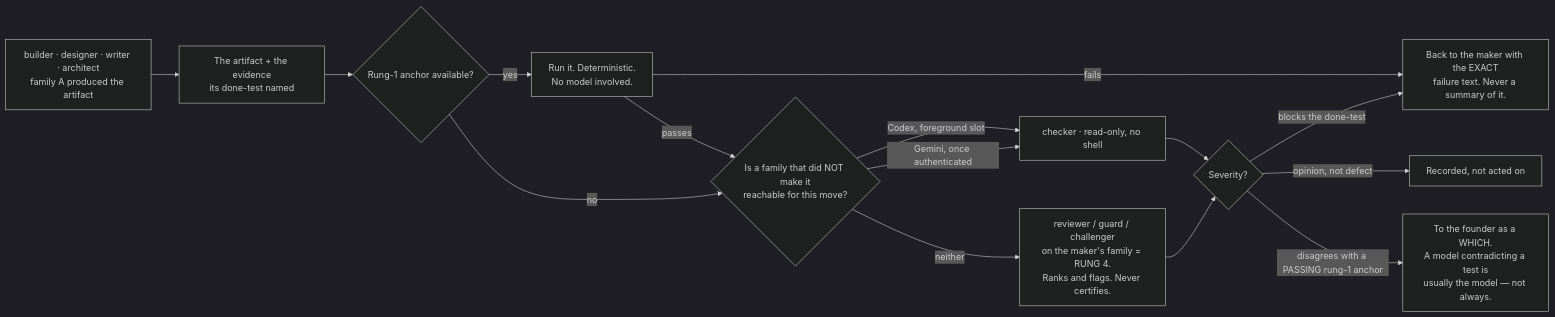
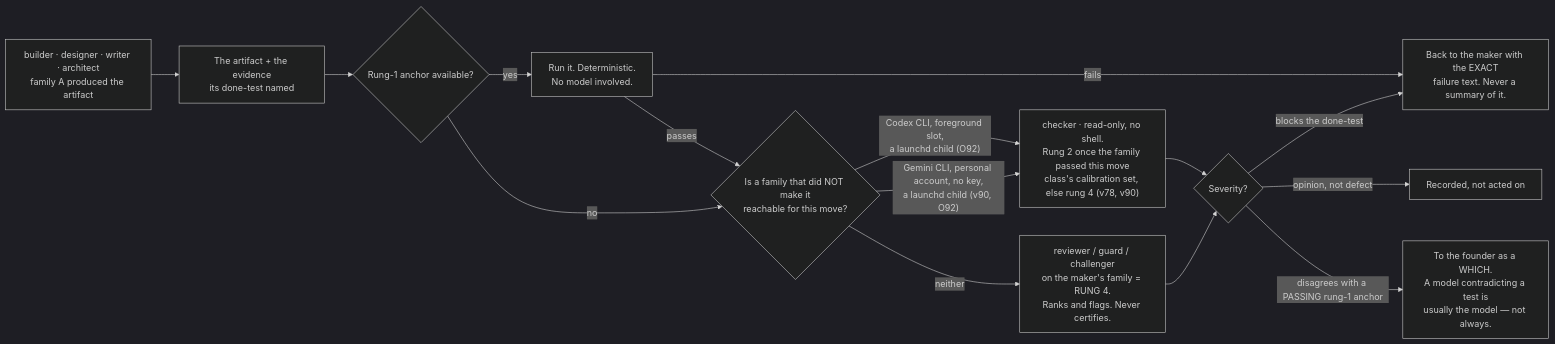
The second of 4 diagrams in docs/03-system-design/final-v2/parts/11-truth.md (Adam077K/agentvibe), drawn with Mermaid (dark theme) before and after one commit. The commit also changed other lines of this file and 3 other files, not shown here.

````diff
--- a/docs/03-system-design/final-v2/parts/11-truth.md
+++ b/docs/03-system-design/final-v2/parts/11-truth.md
@@ -175,18 +225,18 @@
 ```mermaid
 flowchart LR
     MAKER["builder · designer · writer · architect<br/>family A produced the artifact"] --> ART["The artifact + the evidence<br/>its done-test named"]
     ART --> DET{"Rung-1 anchor available?"}
     DET -->|"yes"| RUNIT["Run it. Deterministic.<br/>No model involved."]
     RUNIT -->|"fails"| BACK["Back to the maker with the EXACT<br/>failure text. Never a summary of it."]
     RUNIT -->|"passes"| FAM
     DET -->|"no"| FAM
     FAM{"Is a family that did NOT make it<br/>reachable for this move?"}
-    FAM -->|"Codex, foreground slot"| CHK["checker · read-only, no shell"]
-    FAM -->|"Gemini, once authenticated"| CHK
+    FAM -->|"Codex CLI, foreground slot,<br/>a launchd child (O92)"| CHK["checker · read-only, no shell.<br/>Rung 2 once the family passed this move<br/>class's calibration set, else rung 4 (v78, v90)"]
+    FAM -->|"Gemini CLI, personal account, no key,<br/>a launchd child (v90, O92)"| CHK
     FAM -->|"neither"| SAME["reviewer / guard / challenger<br/>on the maker's family = RUNG 4.<br/>Ranks and flags. Never certifies."]
     CHK --> SEV{"Severity?"}
     SAME --> SEV
     SEV -->|"blocks the done-test"| BACK
     SEV -->|"opinion, not defect"| NOTE["Recorded, not acted on"]
     SEV -->|"disagrees with a PASSING rung-1 anchor"| HUMAN["To the founder as a WHICH.<br/>A model contradicting a test is<br/>usually the model — not always."]
 ```
````
